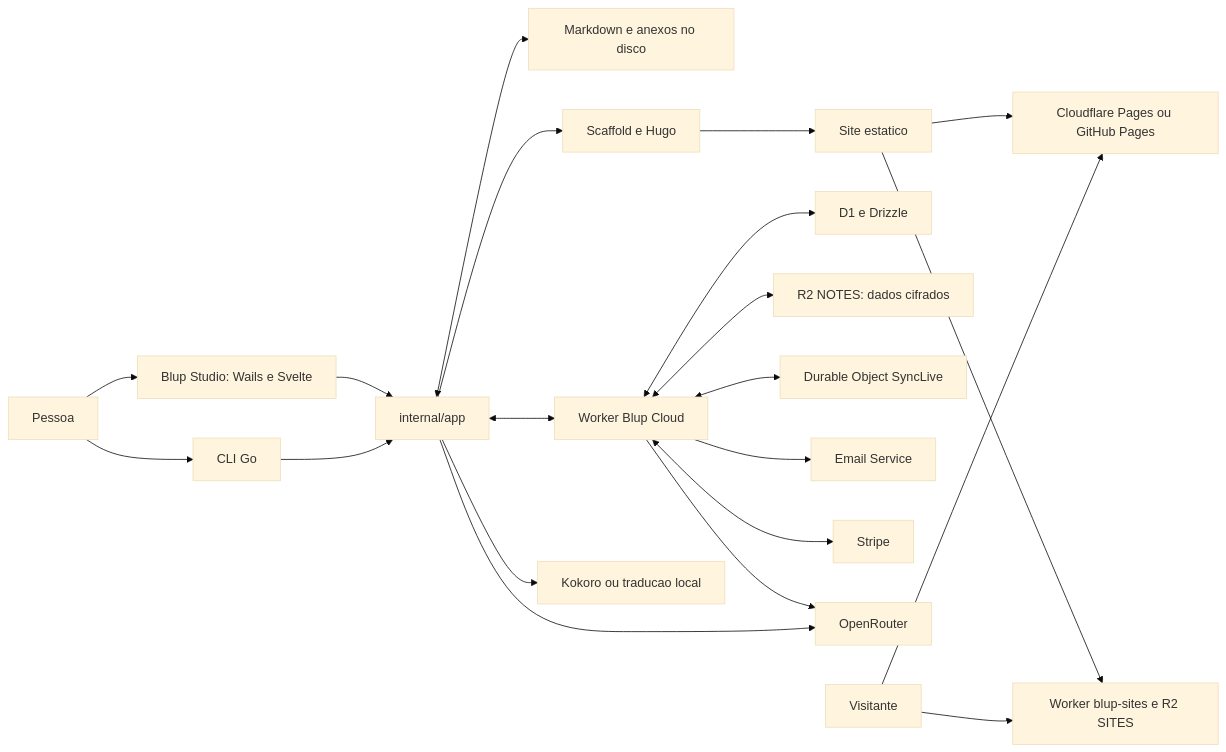
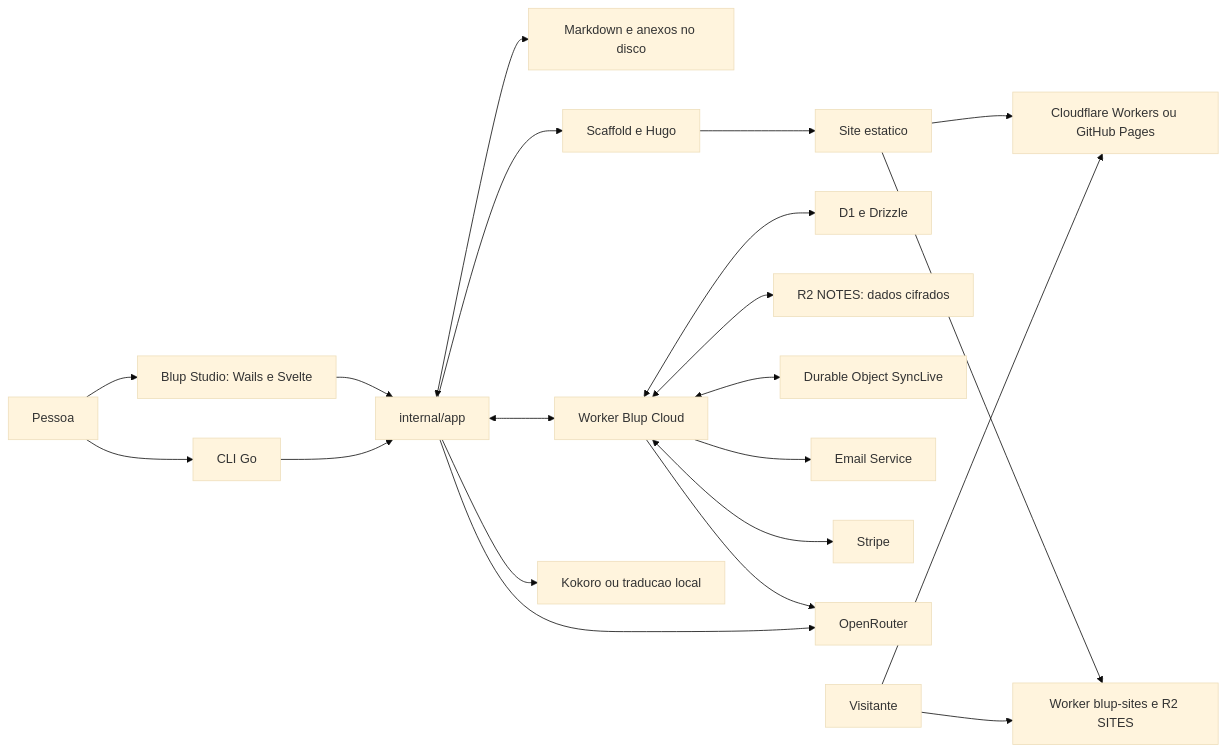
One commit to gabriellsalesx/blup changed the first of 7 diagrams in docs/arquitetura.md. Above: the diagram before and after it, drawn with Mermaid (base theme). The commit also changed other lines of this file and 131 other files, not shown here.

First line of the commit message:
Studio: publicação no Cloudflare Workers no lugar do Cloudflare Pages; domínio próprio só no Blup Cloud

````diff
--- a/docs/arquitetura.md
+++ b/docs/arquitetura.md
@@ -7,23 +7,23 @@
 ```mermaid
 flowchart LR
   Pessoa[Pessoa] --> Studio[Blup Studio: Wails e Svelte]
   Pessoa --> CLI[CLI Go]
   Studio --> App[internal/app]
   CLI --> App
   App <--> Notas[Markdown e anexos no disco]
   App --> Hugo[Scaffold e Hugo]
   Hugo --> Saida[Site estatico]
-  Saida --> Pages[Cloudflare Pages ou GitHub Pages]
+  Saida --> Pages[Cloudflare Workers ou GitHub Pages]
   Saida --> Sites[Worker blup-sites e R2 SITES]
   App <--> Cloud[Worker Blup Cloud]
   Cloud <--> D1[D1 e Drizzle]
   Cloud <--> Notes[R2 NOTES: dados cifrados]
   Cloud <--> DO[Durable Object SyncLive]
   Cloud --> Email[Email Service]
   Cloud <--> Stripe[Stripe]
   Cloud --> IA[OpenRouter]
   App --> Local[Kokoro ou traducao local]
   App --> IA
   Visitante[Visitante] --> Sites
   Visitante --> Pages
 ```
````
